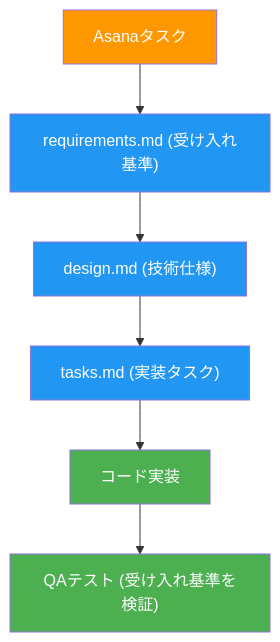
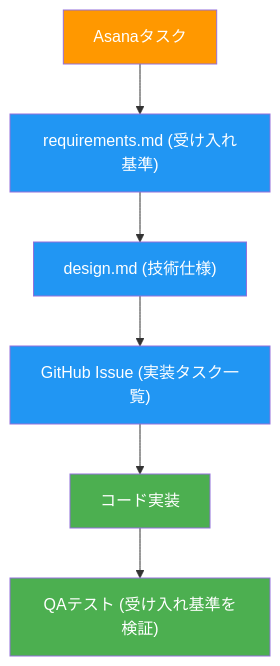
Before and after one commit to einja-inc/einja-management-template: the fifth of 6 diagrams in docs/instructions/task-execute.md, drawn with Mermaid. The commit also changed other lines of this file and 40 other files, not shown here.

First line of the commit message:
docs: GitHub Issue対応への移行とドキュメント構造の改善

````diff
--- a/docs/instructions/task-execute.md
+++ b/docs/instructions/task-execute.md
@@ -534,15 +542,15 @@
 ```mermaid
 graph TD
     A["Asanaタスク"] --> B["requirements.md (受け入れ基準)"]
     B --> C["design.md (技術仕様)"]
-    C --> D["tasks.md (実装タスク)"]
+    C --> D["GitHub Issue (実装タスク一覧)"]
     D --> E["コード実装"]
     E --> F["QAテスト (受け入れ基準を検証)"]
 
     style A fill:#ff9800,color:#fff
     style B fill:#2196f3,color:#fff
     style C fill:#2196f3,color:#fff
     style D fill:#2196f3,color:#fff
     style E fill:#4caf50,color:#fff
     style F fill:#4caf50,color:#fff
 ```
````
